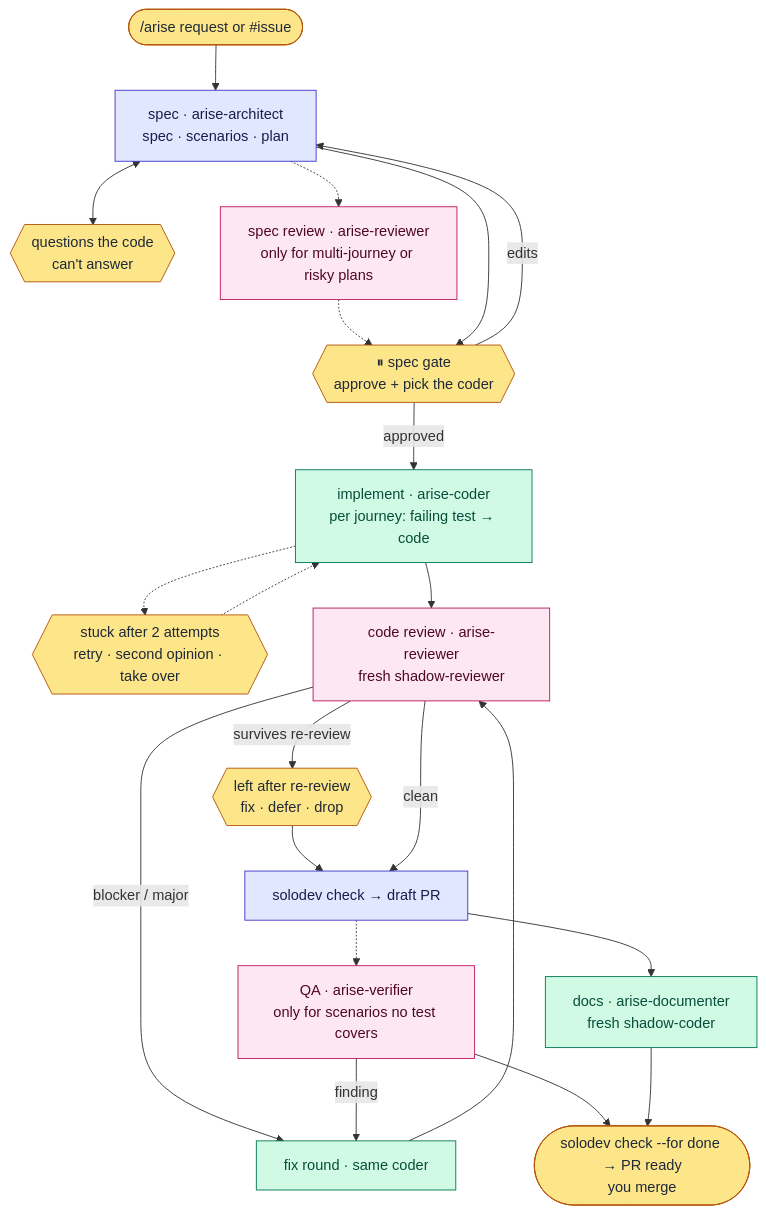
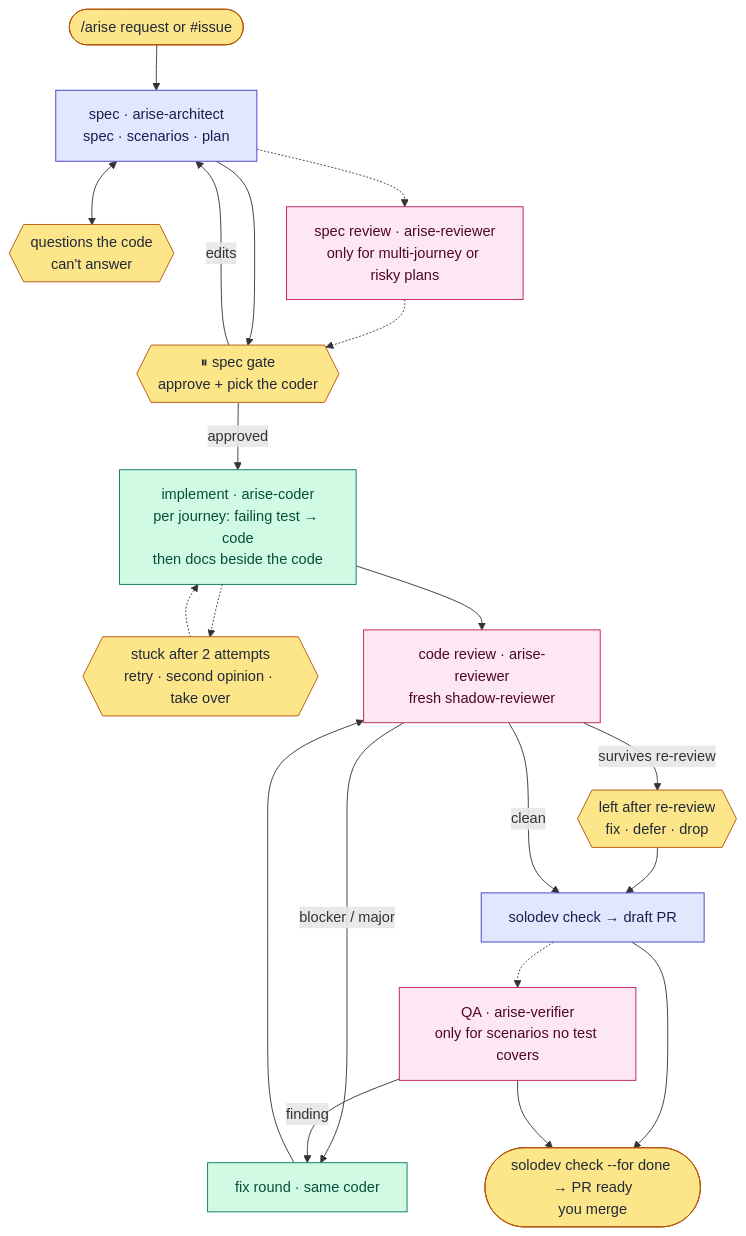
The diagram in README.md (luisintosh/solodev), drawn with Mermaid before and after one commit. The commit also changed other lines of this file and 25 other files, not shown here.

First line of the commit message:
refactor: drop arise-documenter, docs live in code, add C9 config documented

````diff
--- a/README.md
+++ b/README.md
@@ -127,38 +127,37 @@
 ```mermaid
 flowchart TD
   req(["/arise request or #issue"]):::human
   spec["spec · arise-architect<br/>spec · scenarios · plan"]:::think
   ask{{"questions the code<br/>can't answer"}}:::human
   sreview["spec review · arise-reviewer<br/>only for multi-journey or risky plans"]:::review
   gate{{"⏸ spec gate<br/>approve + pick the coder"}}:::human
-  impl["implement · arise-coder<br/>per journey: failing test → code"]:::writer
+  impl["implement · arise-coder<br/>per journey: failing test → code<br/>then docs beside the code"]:::writer
   stuck{{"stuck after 2 attempts<br/>retry · second opinion · take over"}}:::human
   review["code review · arise-reviewer<br/>fresh shadow-reviewer"]:::review
   fix["fix round · same coder"]:::writer
   dispute{{"left after re-review<br/>fix · defer · drop"}}:::human
   pr["solodev check → draft PR"]:::think
   qa["QA · arise-verifier<br/>only for scenarios no test covers"]:::review
-  docs["docs · arise-documenter<br/>fresh shadow-coder"]:::writer
   done(["solodev check --for done → PR ready<br/>you merge"]):::human
 
   req --> spec
   spec <--> ask
   spec -.-> sreview -.-> gate
   spec --> gate
   gate -->|edits| spec
   gate -->|approved| impl
   impl -.-> stuck -.-> impl
   impl --> review
   review -->|blocker / major| fix --> review
   review -->|survives re-review| dispute --> pr
   review -->|clean| pr
   pr -.-> qa
-  pr --> docs
+  pr --> done
   qa -->|finding| fix
-  qa & docs --> done
+  qa --> done
 
   classDef human fill:#fde68a,stroke:#b45309,color:#1f2937
   classDef think fill:#e0e7ff,stroke:#4338ca,color:#1e1b4b
   classDef writer fill:#d1fae5,stroke:#047857,color:#064e3b
   classDef review fill:#fce7f3,stroke:#be185d,color:#500724
 ```
````
